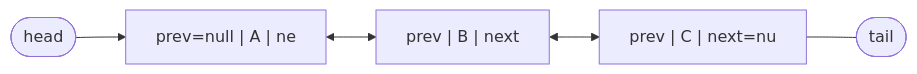
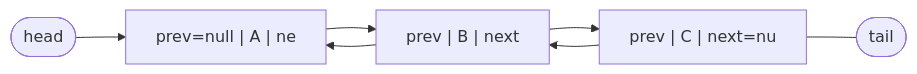
One commit to yjkim2015/yjkim2015.github.io changed the fourth of 21 diagrams in _posts/java/2026-05-01-java-collections.md. Above: the diagram before and after it, drawn with Mermaid. The commit also changed other lines of this file and 38 other files, not shown here.

First line of the commit message:
Mermaid 파싱 에러 최종 수정 + 화살표 간격 확대

````diff
--- a/_posts/java/2026-05-01-java-collections.md
+++ b/_posts/java/2026-05-01-java-collections.md
@@ -123,12 +123,14 @@
 ```mermaid
 graph LR
     HEAD(["head"])
     TAIL(["tail"])
     A["prev=null | A | ne"]
     B["prev | B | next"]
     C["prev | C | next=nu"]
     HEAD --> A
-    A <--> B
-    B <--> C
+    A --> B
+    B --> A
+    B --> C
+    C --> B
     C --- TAIL
 ```
````
